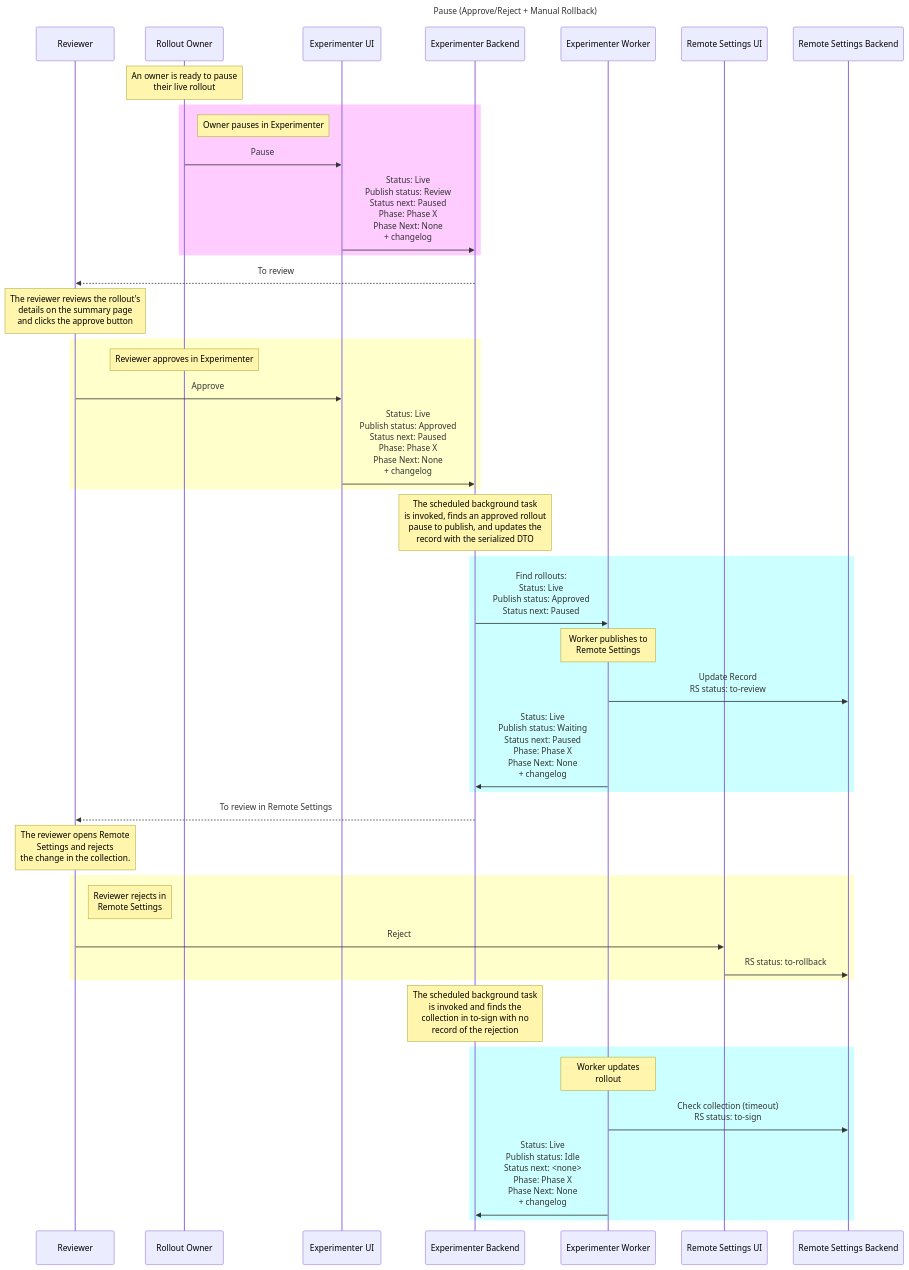
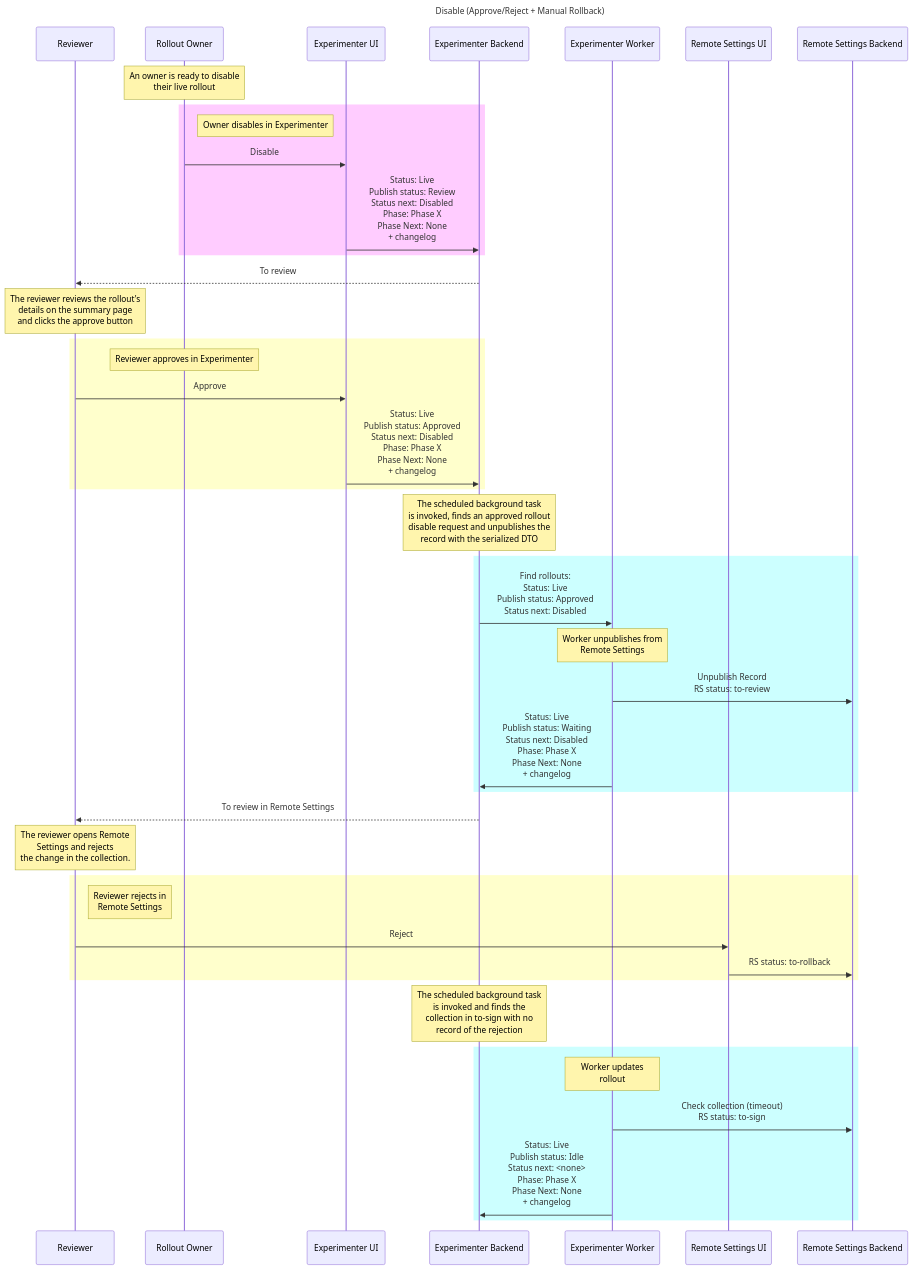
One commit to mozilla/experimenter changed diagram 19 of 27 in docs/experimenter/rollouts.md. Above: the diagram before and after it, drawn with Mermaid. The commit also changed other lines of this file, not shown here.

First line of the commit message:
docs(nimbus): Add rollout mermaid diagrams

````diff
--- a/docs/experimenter/rollouts.md
+++ b/docs/experimenter/rollouts.md
@@ -847,55 +847,55 @@
 ```mermaid
   sequenceDiagram
     participant Reviewer
     participant Rollout Owner
     participant Experimenter UI
     participant Experimenter Backend
     participant Experimenter Worker
     participant Remote Settings UI
     participant Remote Settings Backend
-    title Pause (Approve/Reject + Manual Rollback)
+    title Disable (Approve/Reject + Manual Rollback)
     
-    Note over Rollout Owner: An owner is ready to pause <br/> their live rollout
+    Note over Rollout Owner: An owner is ready to disable <br/> their live rollout
     
     rect rgb(255,204,255) 
-        Note right of Rollout Owner: Owner pauses in Experimenter
-        Rollout Owner->>Experimenter UI: Pause
-        Experimenter UI->>Experimenter Backend: Status: Live <br/> Publish status: Review <br/> Status next: Paused <br/> Phase: Phase X <br/> Phase Next: None <br/> + changelog
+        Note right of Rollout Owner: Owner disables in Experimenter
+        Rollout Owner->>Experimenter UI: Disable
+        Experimenter UI->>Experimenter Backend: Status: Live <br/> Publish status: Review <br/> Status next: Disabled <br/> Phase: Phase X <br/> Phase Next: None <br/> + changelog
     end 
     
     Experimenter Backend-->>Reviewer: To review
     Note over Reviewer: The reviewer reviews the rollout's <br/> details on the summary page <br/> and clicks the approve button
     
     rect rgb(255,255,204) 
         Note over Rollout Owner: Reviewer approves in Experimenter
         Reviewer->>Experimenter UI: Approve
-        Experimenter UI->>Experimenter Backend: Status: Live <br/> Publish status: Approved <br/> Status next: Paused <br/> Phase: Phase X <br/> Phase Next: None <br/> + changelog
+        Experimenter UI->>Experimenter Backend: Status: Live <br/> Publish status: Approved <br/> Status next: Disabled <br/> Phase: Phase X <br/> Phase Next: None <br/> + changelog
     end 
  
-    Note over Experimenter Backend: The scheduled background task <br/> is invoked, finds an approved rollout <br/> pause to publish, and updates the <br/> record with the serialized DTO
+    Note over Experimenter Backend: The scheduled background task <br/> is invoked, finds an approved rollout <br/> disable request and unpublishes the <br/> record with the serialized DTO
     
     rect rgb(204,255,255) 
-        Experimenter Backend->>Experimenter Worker: Find rollouts: <br/> Status: Live <br/> Publish status: Approved <br/> Status next: Paused
-        Note over Experimenter Worker: Worker publishes to <br/>Remote Settings
-        Experimenter Worker->>Remote Settings Backend: Update Record <br/> RS status: to-review
-        Experimenter Worker->>Experimenter Backend: Status: Live <br/> Publish status: Waiting <br/> Status next: Paused <br/> Phase: Phase X <br/> Phase Next: None <br/> + changelog
+        Experimenter Backend->>Experimenter Worker: Find rollouts: <br/> Status: Live <br/> Publish status: Approved <br/> Status next: Disabled
+        Note over Experimenter Worker: Worker unpublishes from <br/>Remote Settings
+        Experimenter Worker->>Remote Settings Backend: Unpublish Record <br/> RS status: to-review
+        Experimenter Worker->>Experimenter Backend: Status: Live <br/> Publish status: Waiting <br/> Status next: Disabled <br/> Phase: Phase X <br/> Phase Next: None <br/> + changelog
     end 
 
     Experimenter Backend-->>Reviewer: To review in Remote Settings
     
     Note over Reviewer: The reviewer opens Remote <br/> Settings and rejects <br/> the change in the collection.
 
     rect rgb(255,255,204) 
         Note right of Reviewer: Reviewer rejects in <br/>Remote Settings
         Reviewer->>Remote Settings UI: Reject
         Remote Settings UI->>Remote Settings Backend: RS status: to-rollback
     end 
 
     Note over Experimenter Backend: The scheduled background task <br/> is invoked and finds the <br/> collection in to-sign with no <br/> record of the rejection
 
     rect rgb(204,255,255) 
         Note over Experimenter Worker: Worker updates <br/> rollout
         Experimenter Worker->>Remote Settings Backend: Check collection (timeout) <br/> RS status: to-sign
         Experimenter Worker->>Experimenter Backend:  Status: Live <br/> Publish status: Idle <br/> Status next: <none> <br/> Phase: Phase X <br/> Phase Next: None <br/> + changelog
     end 
 ```
````
